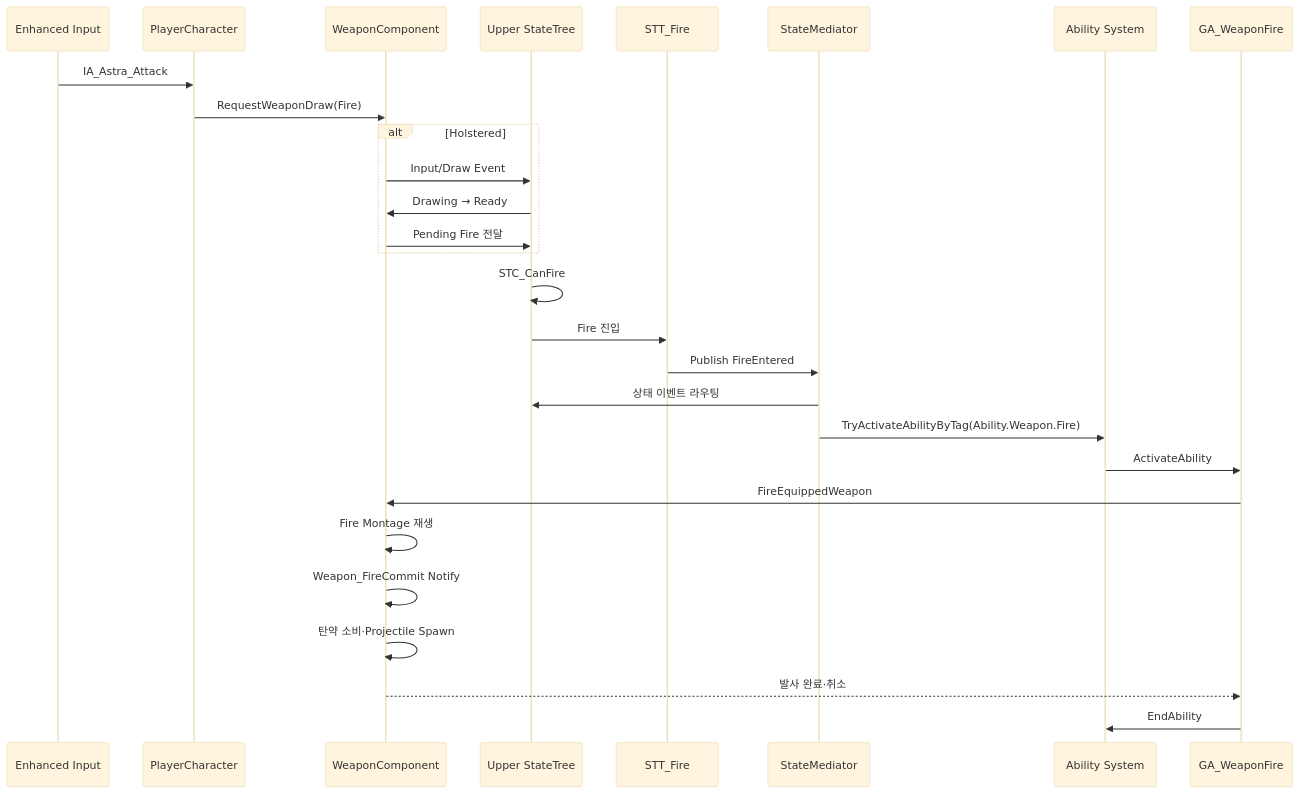
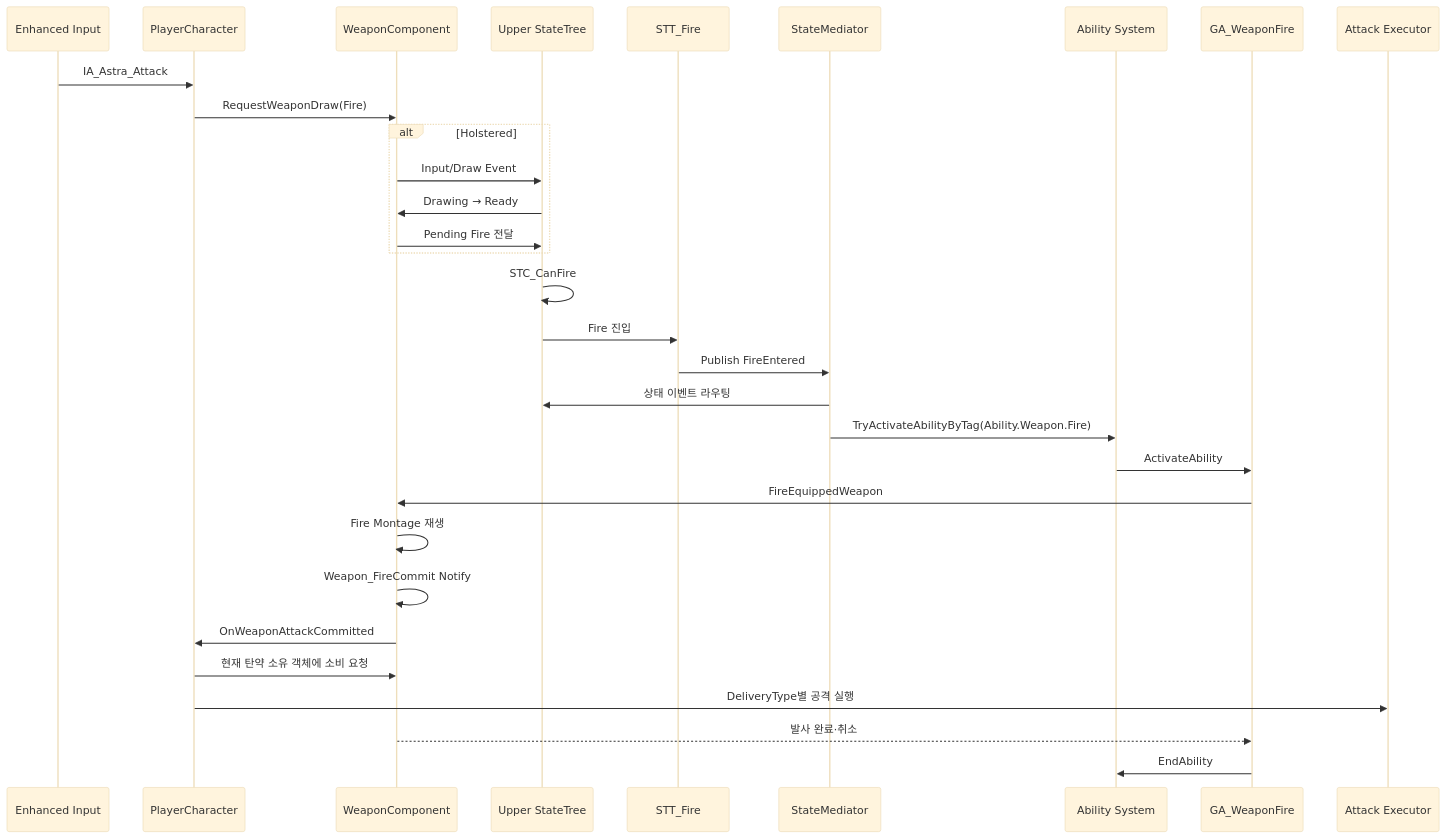
One commit to liang2papa/Astra_Docs changed the diagram in Wiki/03_시스템 설계/StateTree와 GAS.md. Above: the diagram before and after it, drawn with Mermaid (base theme). The commit also changed 8 other files, not shown here.

````diff
--- a/Wiki/03_시스템 설계/StateTree와 GAS.md
+++ b/Wiki/03_시스템 설계/StateTree와 GAS.md
@@ -101,31 +101,34 @@
 ```mermaid
 sequenceDiagram
     participant Input as Enhanced Input
     participant Character as PlayerCharacter
     participant Weapon as WeaponComponent
     participant Upper as Upper StateTree
     participant Task as STT_Fire
     participant Mediator as StateMediator
     participant ASC as Ability System
     participant GA as GA_WeaponFire
+    participant Executor as Attack Executor
 
     Input->>Character: IA_Astra_Attack
     Character->>Weapon: RequestWeaponDraw(Fire)
     alt Holstered
         Weapon->>Upper: Input/Draw Event
         Upper->>Weapon: Drawing → Ready
         Weapon->>Upper: Pending Fire 전달
     end
     Upper->>Upper: STC_CanFire
     Upper->>Task: Fire 진입
     Task->>Mediator: Publish FireEntered
     Mediator->>Upper: 상태 이벤트 라우팅
     Mediator->>ASC: TryActivateAbilityByTag(Ability.Weapon.Fire)
     ASC->>GA: ActivateAbility
     GA->>Weapon: FireEquippedWeapon
     Weapon->>Weapon: Fire Montage 재생
     Weapon->>Weapon: Weapon_FireCommit Notify
-    Weapon->>Weapon: 탄약 소비·Projectile Spawn
+    Weapon->>Character: OnWeaponAttackCommitted
+    Character->>Weapon: 현재 탄약 소유 객체에 소비 요청
+    Character->>Executor: DeliveryType별 공격 실행
     Weapon-->>GA: 발사 완료·취소
     GA->>ASC: EndAbility
 ```
````
